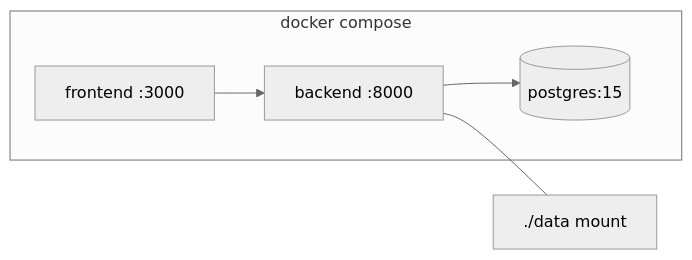
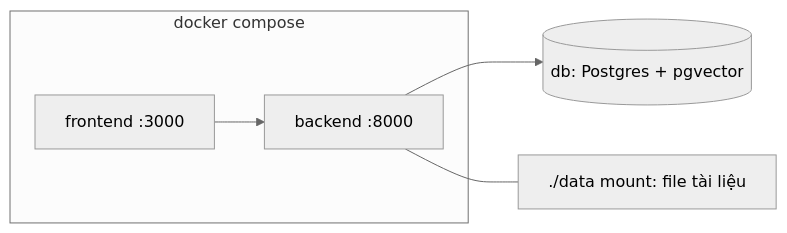
Before and after one commit to MinhNhatUet/7grass10wwind: the second of 2 diagrams in ARCHITECTURE.md, drawn with Mermaid (neutral theme). The commit also changed other lines of this file and 8 other files, not shown here.

First line of the commit message:
feat: Postgres + pgvector cho DB và tìm kiếm (D-84)

````diff
--- a/ARCHITECTURE.md
+++ b/ARCHITECTURE.md
@@ -91,8 +94,8 @@
 ```mermaid
 graph LR
     subgraph docker compose
         FE[frontend :3000] --> BE[backend :8000]
-        BE --> DB[(postgres:15)]
     end
-    BE --- DATA[./data mount]
+    BE --> PG[(db: Postgres + pgvector)]
+    BE --- DATA[./data mount: file tài liệu]
 ```
````
